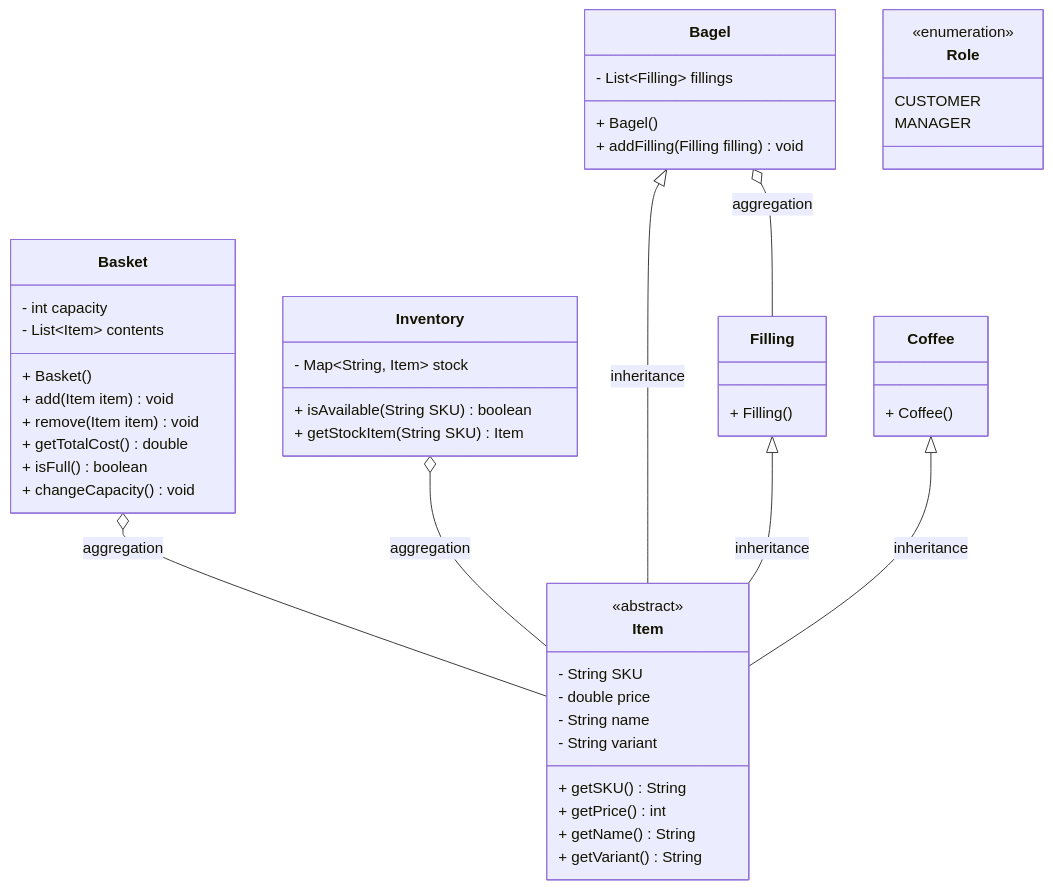
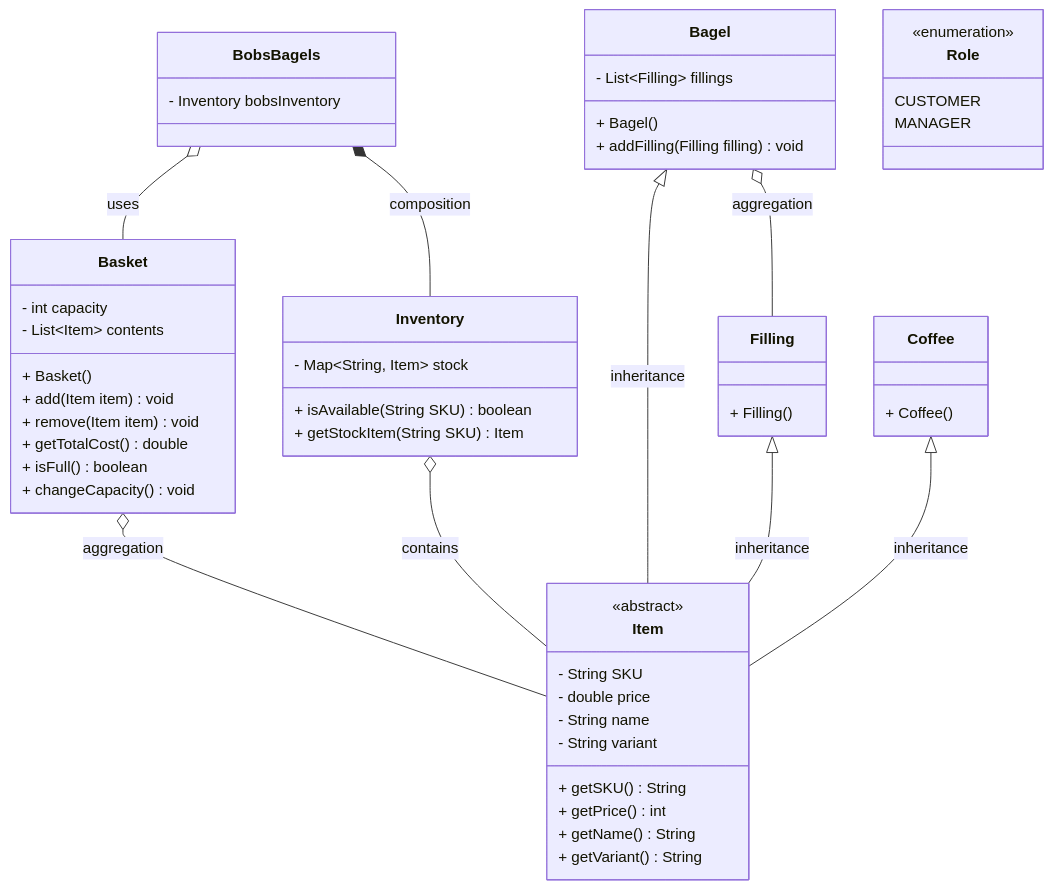
One commit to emmouto/java-tdd-oop-bobs-bagels changed the diagram in Bob's Bagels.md. Above: the diagram before and after it, drawn with Mermaid. The commit also changed 17 other files, not shown here.

````diff
--- a/Bob's Bagels.md
+++ b/Bob's Bagels.md
@@ -32,60 +32,65 @@
 ```mermaid
 classDiagram
 
+class BobsBagels {
+	- Inventory bobsInventory
+}
 
 class Basket {
 	- int capacity
 	- List~Item~ contents
 	+ Basket()
 	+ add(Item item) void
 	+ remove (Item item) void
 	+ getTotalCost() double
 	+ isFull() boolean
 	+ changeCapacity() void
 }
 
 class Item  {
 	<<abstract>>
 	- String SKU
 	- double price
 	- String name
 	- String variant
 	+ getSKU() String
 	+ getPrice() int
 	+ getName() String
 	+ getVariant() String
 }
 
 class Bagel {
 	- List~Filling~ fillings
 	+ Bagel()
 	+ addFilling(Filling filling) void
 }
 
 class Filling {
 	+ Filling()
 }
 
 class Coffee {
 	+ Coffee()
 }
 
 class Inventory {
 	- Map~String, Item~ stock
 	+ isAvailable(String SKU) boolean
 	+ getStockItem(String SKU) Item
 }
 
 class Role {
 	<<enumeration>>
 	CUSTOMER
 	MANAGER
 }
 
+BobsBagels *-- Inventory : composition
+BobsBagels o-- Basket : uses
 Basket o-- Item : aggregation
 Bagel o-- Filling : aggregation
-Inventory o-- Item : aggregation
+Inventory o-- Item : contains
 Bagel <|-- Item : inheritance
 Filling <|-- Item : inheritance
 Coffee <|-- Item : inheritance
 ```
````
